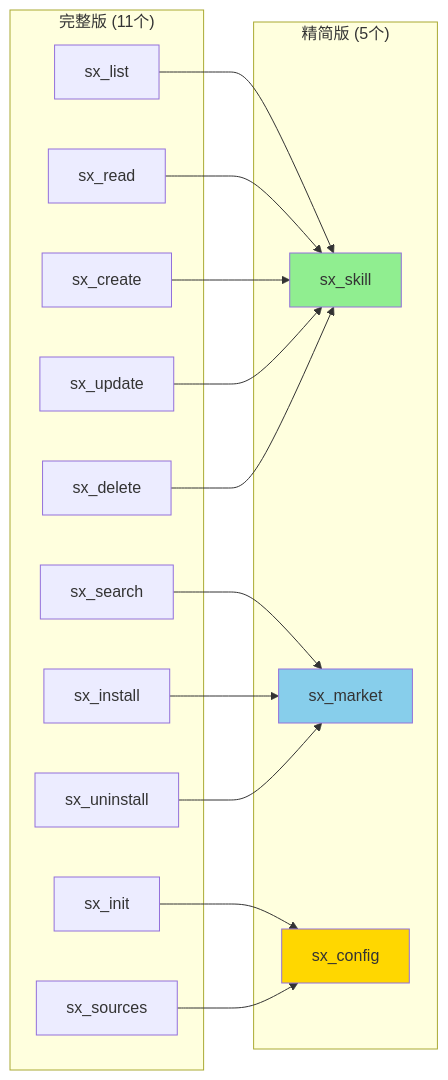
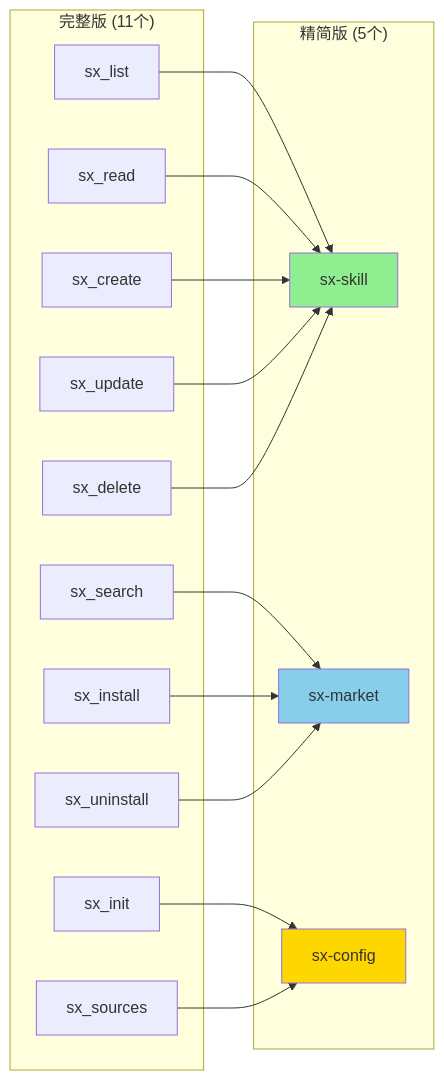
Before and after one commit to shetengteng/skillix: the third of 12 diagrams in docs/02-设计/20260111-01-项目设计.md, drawn with Mermaid. The commit also changed other lines of this file and 1 other file, not shown here.

````diff
--- a/docs/02-设计/20260111-01-项目设计.md
+++ b/docs/02-设计/20260111-01-项目设计.md
@@ -180,36 +180,36 @@
 ```mermaid
 flowchart LR
     subgraph Full["完整版 (11个)"]
         F1["sx_list"]
         F2["sx_read"]
         F3["sx_create"]
         F4["sx_update"]
         F5["sx_delete"]
         F6["sx_search"]
         F7["sx_install"]
         F8["sx_uninstall"]
         F9["sx_init"]
         F10["sx_sources"]
     end
     
     subgraph Compact["精简版 (5个)"]
-        C1["sx_skill"]
-        C2["sx_market"]
-        C3["sx_config"]
+        C1["sx-skill"]
+        C2["sx-market"]
+        C3["sx-config"]
     end
     
     F1 --> C1
     F2 --> C1
     F3 --> C1
     F4 --> C1
     F5 --> C1
     F6 --> C2
     F7 --> C2
     F8 --> C2
     F9 --> C3
     F10 --> C3
     
     style C1 fill:#90EE90
     style C2 fill:#87CEEB
     style C3 fill:#FFD700
 ```
````
